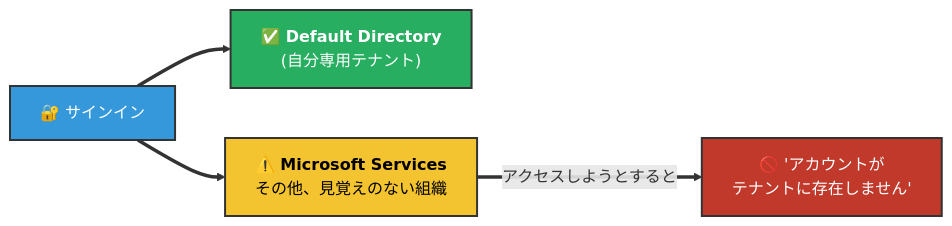
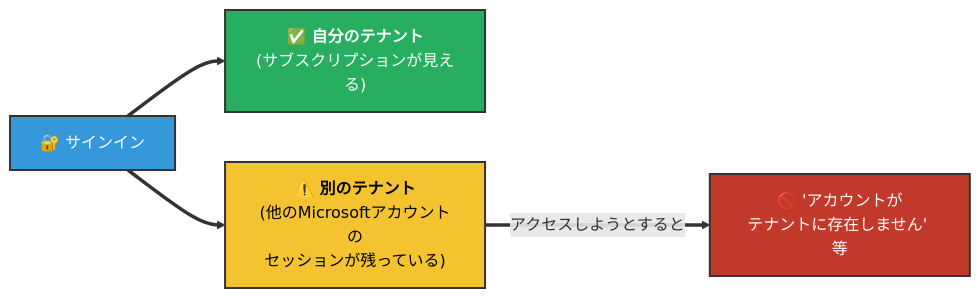
Before and after one commit to kasuyaofcb/tech_docs: the sixth of 35 diagrams in azure/azure.md, drawn with Mermaid. The commit also changed other lines of this file and 1 other file, not shown here.

````diff
--- a/azure/azure.md
+++ b/azure/azure.md
@@ -156,11 +156,11 @@
 ```mermaid
 flowchart LR
-    L["🔐 サインイン"] ==> T1["✅ <b>Default Directory</b><br/>(自分専用テナント)"]
-    L ==> T2["⚠️ <b>Microsoft Services</b><br/>その他、見覚えのない組織"]
-    T2 ==>|"アクセスしようとすると"| E["🚫 'アカウントが<br/>テナントに存在しません'"]
+    L["🔐 サインイン"] ==> T1["✅ <b>自分のテナント</b><br/>(サブスクリプションが見える)"]
+    L ==> T2["⚠️ <b>別のテナント</b><br/>(他のMicrosoftアカウントの<br/>セッションが残っている)"]
+    T2 ==>|"アクセスしようとすると"| E["🚫 'アカウントが<br/>テナントに存在しません' 等"]
 
     style L fill:#3498DB,color:#FFFFFF,stroke:#333,stroke-width:2px
     style T1 fill:#27AE60,color:#FFFFFF,stroke:#333,stroke-width:2px
     style T2 fill:#F4C430,color:#000,stroke:#333,stroke-width:2px
     style E fill:#C0392B,color:#FFFFFF,stroke:#333,stroke-width:2px
 ```
````
